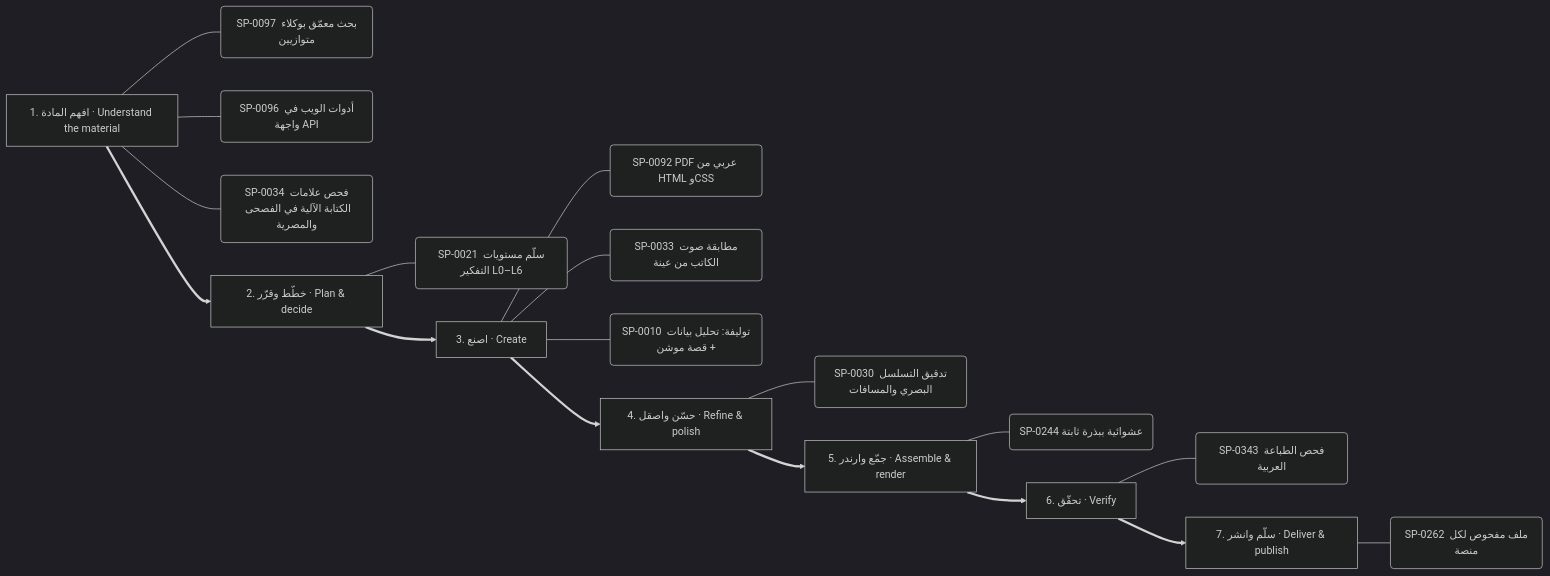
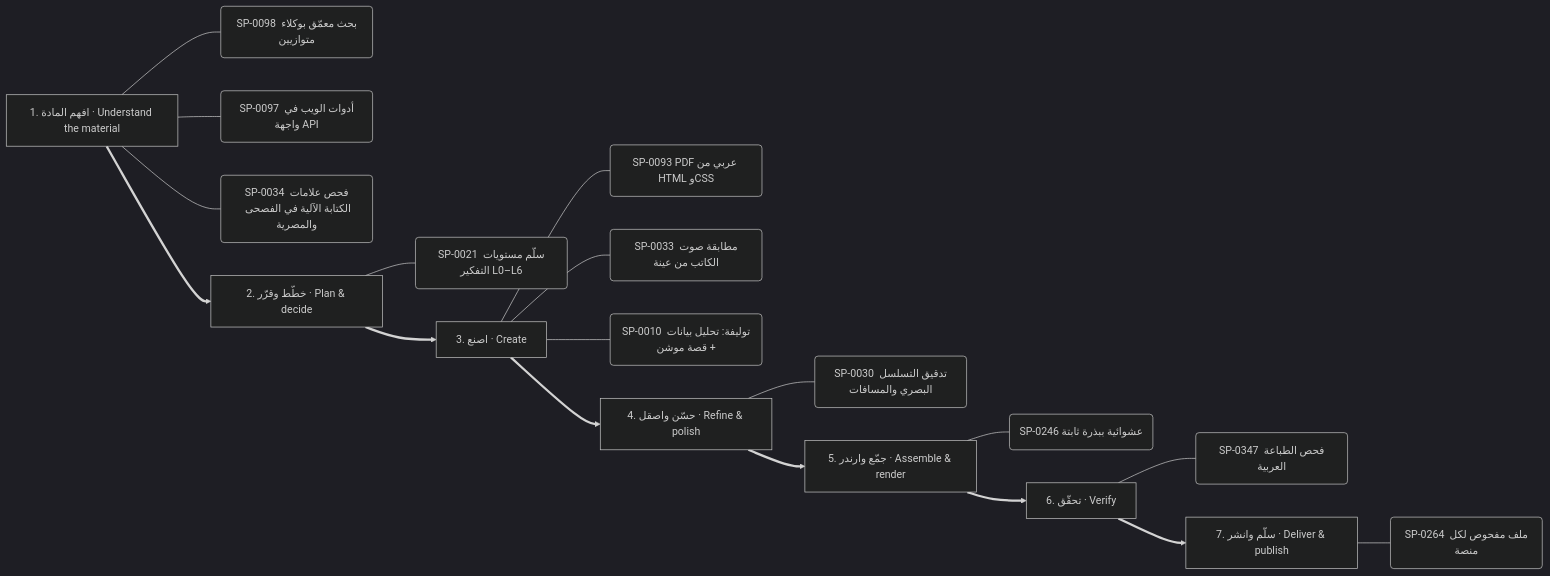
One commit to kosif199022-jpg/kosif-tool changed diagram 13 of 13 in .claude/skills/kosif-superpowers/references/capability-mindmap.md. Above: the diagram before and after it, drawn with Mermaid (dark theme). The commit also changed other lines of this file and 67 other files, not shown here.

````diff
--- a/.claude/skills/kosif-superpowers/references/capability-mindmap.md
+++ b/.claude/skills/kosif-superpowers/references/capability-mindmap.md
@@ -636,27 +639,27 @@
 ```mermaid
 flowchart LR
   S0["1. افهم المادة · Understand the material"]
-  S0 --- S0_0("SP-0097 بحث معمّق بوكلاء متوازيين")
-  S0 --- S0_1("SP-0096 أدوات الويب في واجهة API")
+  S0 --- S0_0("SP-0098 بحث معمّق بوكلاء متوازيين")
+  S0 --- S0_1("SP-0097 أدوات الويب في واجهة API")
   S0 --- S0_2("SP-0034 فحص علامات الكتابة الآلية في الفصحى والمصرية")
   S1["2. خطّط وقرّر · Plan & decide"]
   S1 --- S1_0("SP-0021 سلّم مستويات التفكير L0–L6")
   S0 ==> S1
   S2["3. اصنع · Create"]
-  S2 --- S2_0("SP-0092 PDF عربي من HTML وCSS")
+  S2 --- S2_0("SP-0093 PDF عربي من HTML وCSS")
   S2 --- S2_1("SP-0033 مطابقة صوت الكاتب من عينة")
   S2 --- S2_2("SP-0010 توليفة: تحليل بيانات + قصة موشن")
   S1 ==> S2
   S3["4. حسّن واصقل · Refine & polish"]
   S3 --- S3_0("SP-0030 تدقيق التسلسل البصري والمسافات")
   S2 ==> S3
   S4["5. جمّع وارندر · Assemble & render"]
-  S4 --- S4_0("SP-0244 عشوائية ببذرة ثابتة")
+  S4 --- S4_0("SP-0246 عشوائية ببذرة ثابتة")
   S3 ==> S4
   S5["6. تحقّق · Verify"]
-  S5 --- S5_0("SP-0343 فحص الطباعة العربية")
+  S5 --- S5_0("SP-0347 فحص الطباعة العربية")
   S4 ==> S5
   S6["7. سلّم وانشر · Deliver & publish"]
-  S6 --- S6_0("SP-0262 ملف مفحوص لكل منصة")
+  S6 --- S6_0("SP-0264 ملف مفحوص لكل منصة")
   S5 ==> S6
 ```
````
